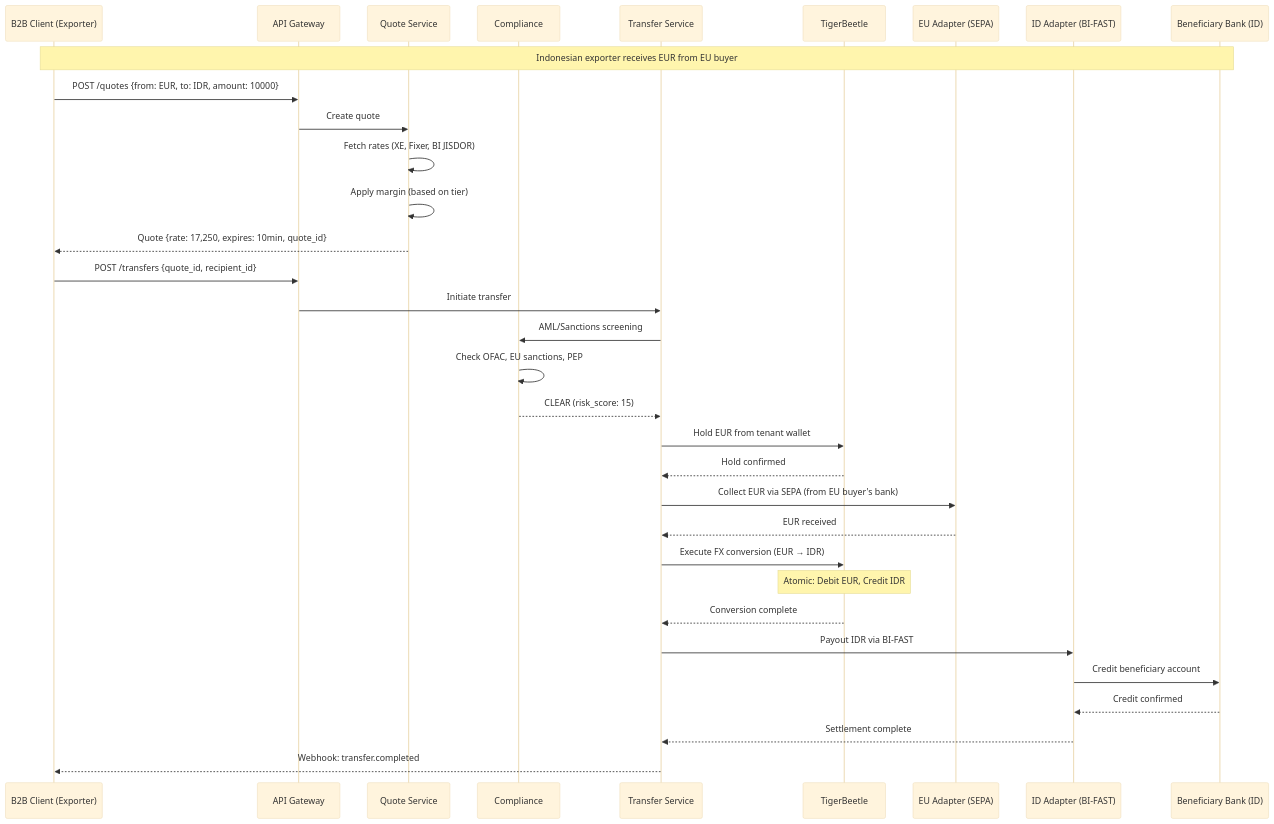
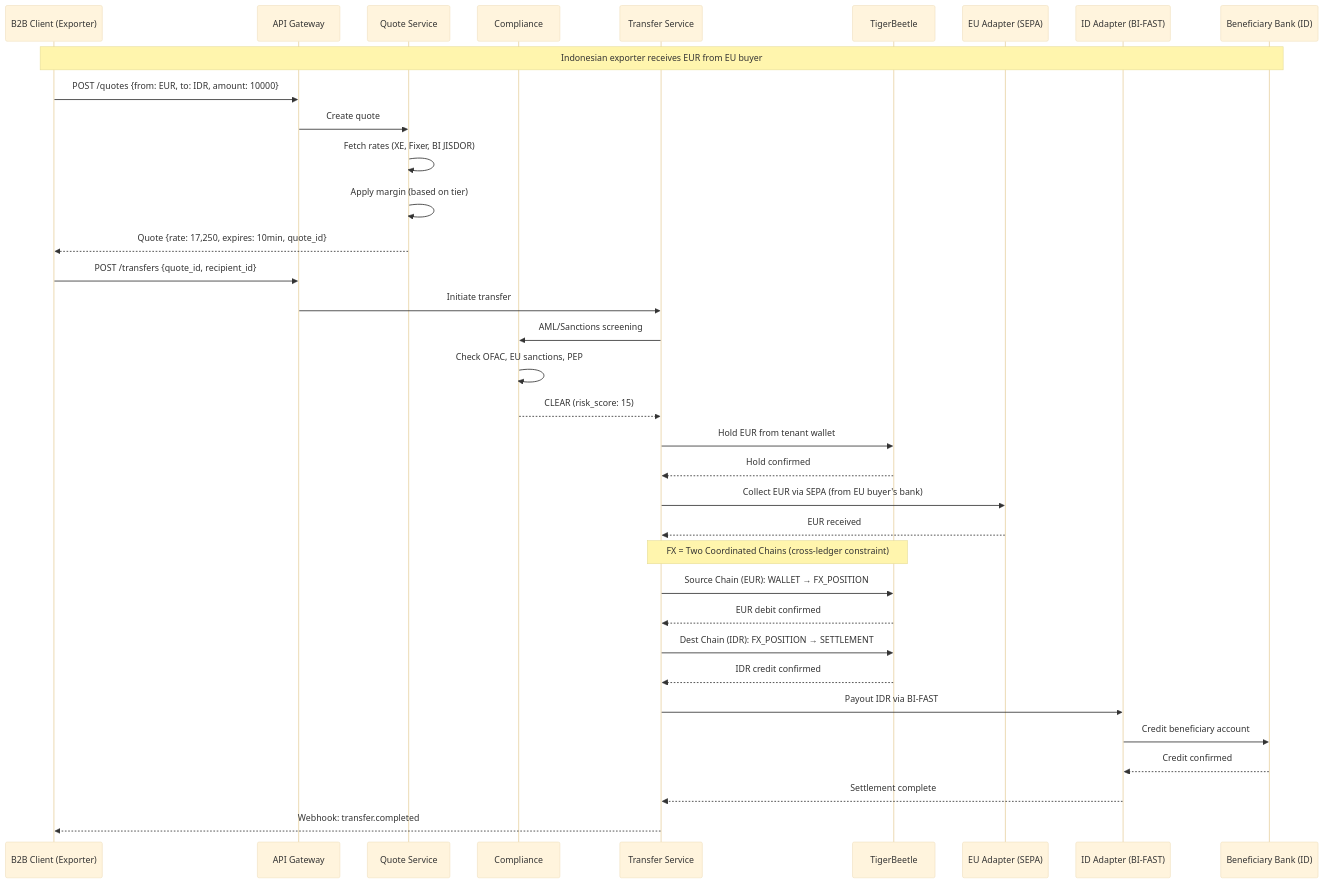
Before and after one commit to rickyraz/kovra: the first of 2 diagrams in docs/ARCHITECTURE.md, drawn with Mermaid (base theme). The commit also changed other lines of this file and 3 other files, not shown here.

Commit message:
feat(docs): add detailed documentation for FX transfer chain redesign and atomic settlement rationale

````diff
--- a/docs/ARCHITECTURE.md
+++ b/docs/ARCHITECTURE.md
@@ -236,75 +236,80 @@
 ```mermaid
 
 sequenceDiagram
 
     participant Client as B2B Client (Exporter)
 
     participant API as API Gateway
 
     participant QS as Quote Service
 
     participant CS as Compliance
 
     participant TS as Transfer Service
 
     participant TB as TigerBeetle
 
     participant EU as EU Adapter (SEPA)
 
     participant ID as ID Adapter (BI-FAST)
 
     participant Bank as Beneficiary Bank (ID)
 
   
 
     Note over Client,Bank: Indonesian exporter receives EUR from EU buyer
 
   
 
     Client->>API: POST /quotes {from: EUR, to: IDR, amount: 10000}
 
     API->>QS: Create quote
 
     QS->>QS: Fetch rates (XE, Fixer, BI JISDOR)
 
     QS->>QS: Apply margin (based on tier)
 
     QS-->>Client: Quote {rate: 17,250, expires: 10min, quote_id}
 
   
 
     Client->>API: POST /transfers {quote_id, recipient_id}
 
     API->>TS: Initiate transfer
 
     TS->>CS: AML/Sanctions screening
 
     CS->>CS: Check OFAC, EU sanctions, PEP
 
     CS-->>TS: CLEAR (risk_score: 15)
 
     TS->>TB: Hold EUR from tenant wallet
 
     TB-->>TS: Hold confirmed
 
     TS->>EU: Collect EUR via SEPA (from EU buyer's bank)
 
     EU-->>TS: EUR received
 
-    TS->>TB: Execute FX conversion (EUR → IDR)
+    Note over TS,TB: FX = Two Coordinated Chains (cross-ledger constraint)
 
-    Note over TB: Atomic: Debit EUR, Credit IDR
+    TS->>TB: Source Chain (EUR): WALLET → FX_POSITION
 
-    TB-->>TS: Conversion complete
+    TB-->>TS: EUR debit confirmed
+
+    TS->>TB: Dest Chain (IDR): FX_POSITION → SETTLEMENT
+
+    TB-->>TS: IDR credit confirmed
+
 
     TS->>ID: Payout IDR via BI-FAST
 
     ID->>Bank: Credit beneficiary account
 
     Bank-->>ID: Credit confirmed
 
     ID-->>TS: Settlement complete
 
     TS-->>Client: Webhook: transfer.completed
 
 ```
````
